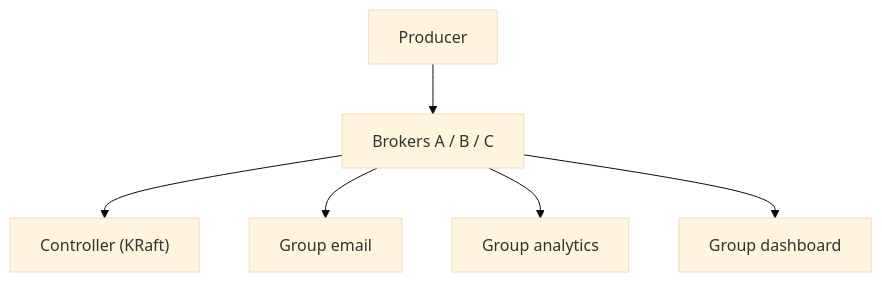
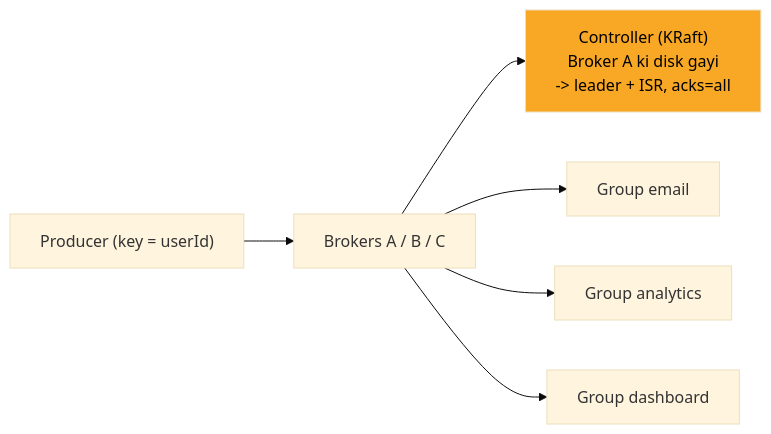
The seventh of 12 diagrams in 04_HLD/SYSTEM_DESIGNS/12_message_queue_kafka/12_message_queue_kafka.md (ArpanMaheshwari144/Prep), drawn with Mermaid (base theme) before and after one commit. The commit also changed other lines of this file and 2 other files, not shown here.

Commit message:
docs, kafka, banking: one-day story, short cards, follow-ups with rules, highlighted diagrams

````diff
--- a/04_HLD/SYSTEM_DESIGNS/12_message_queue_kafka/12_message_queue_kafka.md
+++ b/04_HLD/SYSTEM_DESIGNS/12_message_queue_kafka/12_message_queue_kafka.md
@@ -224,14 +222,15 @@
 ```mermaid
-flowchart TD
-    n_Producer["Producer"]
-    n_Brokers_A_B_C["Brokers A / B / C"]
-    n_Controller_KRaft["Controller (KRaft)"]
-    n_Group_email["Group email"]
-    n_Group_analytics["Group analytics"]
-    n_Group_dashboard["Group dashboard"]
-    n_Producer --> n_Brokers_A_B_C
-    n_Brokers_A_B_C --> n_Controller_KRaft
-    n_Brokers_A_B_C --> n_Group_email
-    n_Brokers_A_B_C --> n_Group_analytics
-    n_Brokers_A_B_C --> n_Group_dashboard
+flowchart LR
+    n_P["Producer (key = userId)"]
+    n_B["Brokers A / B / C"]
+    n_K["Controller (KRaft)<br/>Broker A ki disk gayi<br/>-> leader + ISR, acks=all"]
+    n_GE["Group email"]
+    n_GA["Group analytics"]
+    n_GD["Group dashboard"]
+    n_P --> n_B
+    n_B --> n_K
+    n_B --> n_GE
+    n_B --> n_GA
+    n_B --> n_GD
+    style n_K fill:#f9a825,color:#000
 ```
````
